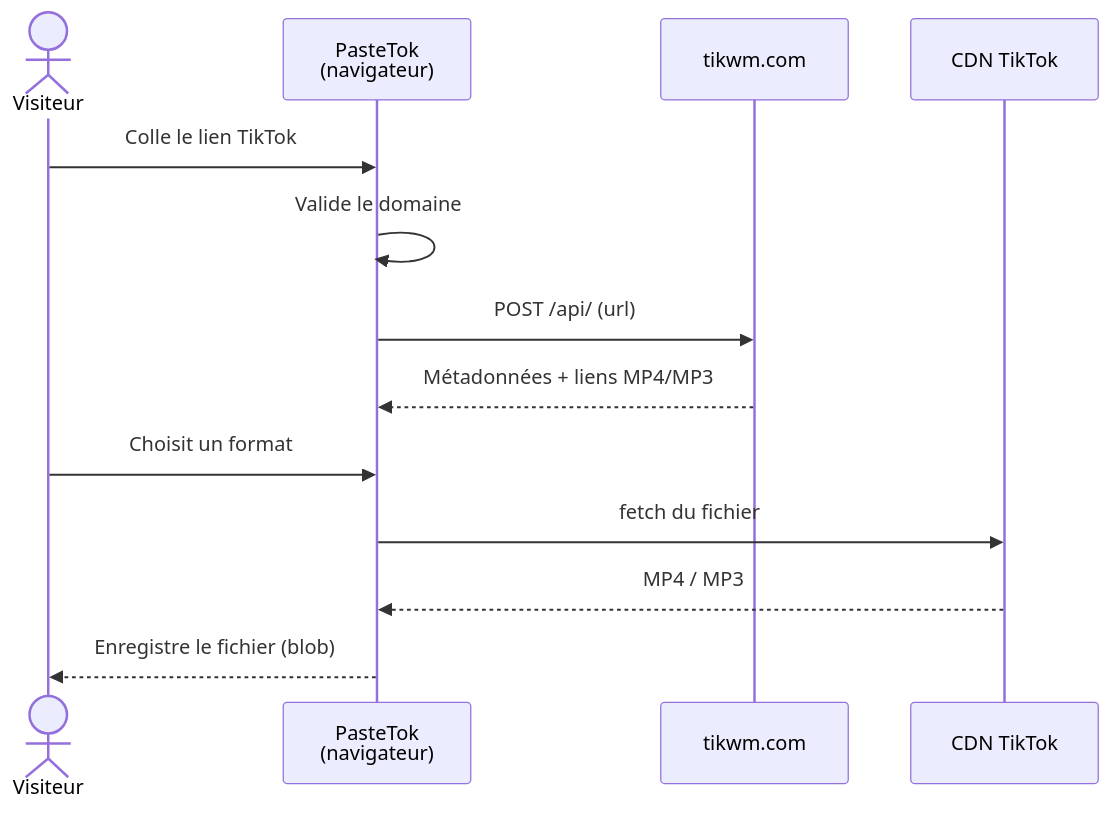
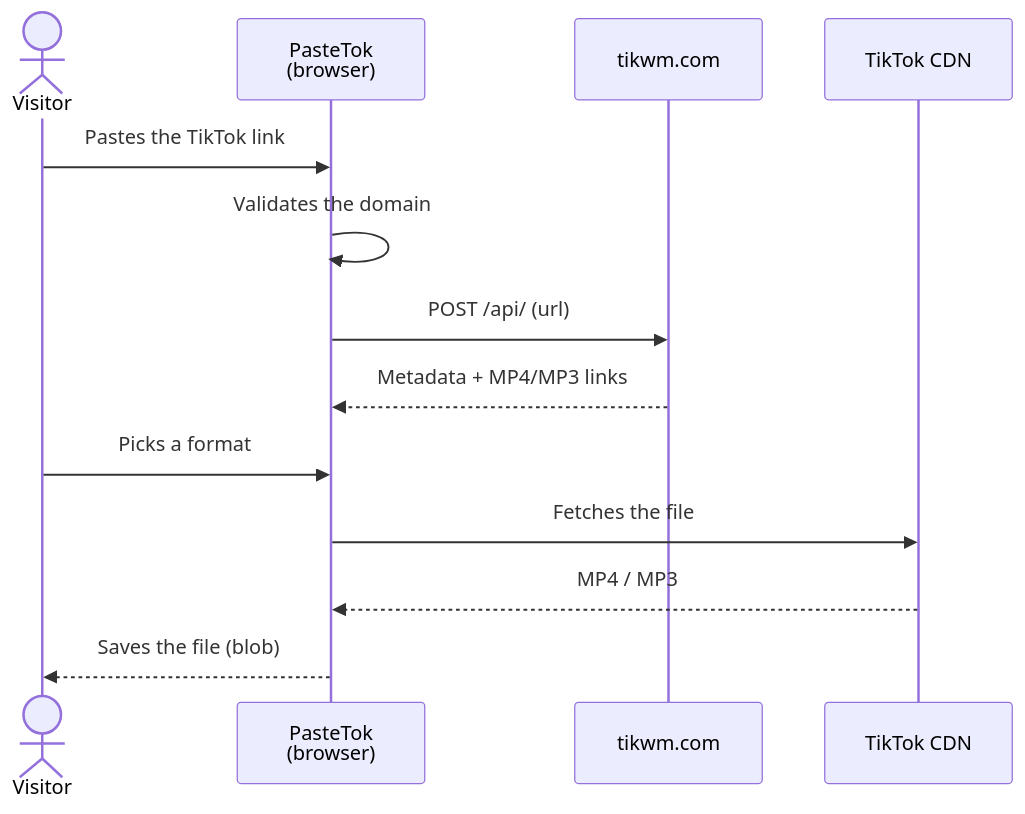
Before and after one commit to timeojea/pastetok: the diagram in README.md, drawn with Mermaid. The commit also changed other lines of this file and 5 other files, not shown here.

````diff
--- a/README.md
+++ b/README.md
@@ -36,16 +38,16 @@
 ```mermaid
 sequenceDiagram
-    actor U as Visiteur
-    participant P as PasteTok<br/>(navigateur)
+    actor U as Visitor
+    participant P as PasteTok<br/>(browser)
     participant W as tikwm.com
-    participant C as CDN TikTok
+    participant C as TikTok CDN
 
-    U->>P: Colle le lien TikTok
-    P->>P: Valide le domaine
+    U->>P: Pastes the TikTok link
+    P->>P: Validates the domain
     P->>W: POST /api/ (url)
-    W-->>P: Métadonnées + liens MP4/MP3
-    U->>P: Choisit un format
-    P->>C: fetch du fichier
+    W-->>P: Metadata + MP4/MP3 links
+    U->>P: Picks a format
+    P->>C: Fetches the file
     C-->>P: MP4 / MP3
-    P-->>U: Enregistre le fichier (blob)
+    P-->>U: Saves the file (blob)
 ```
````
